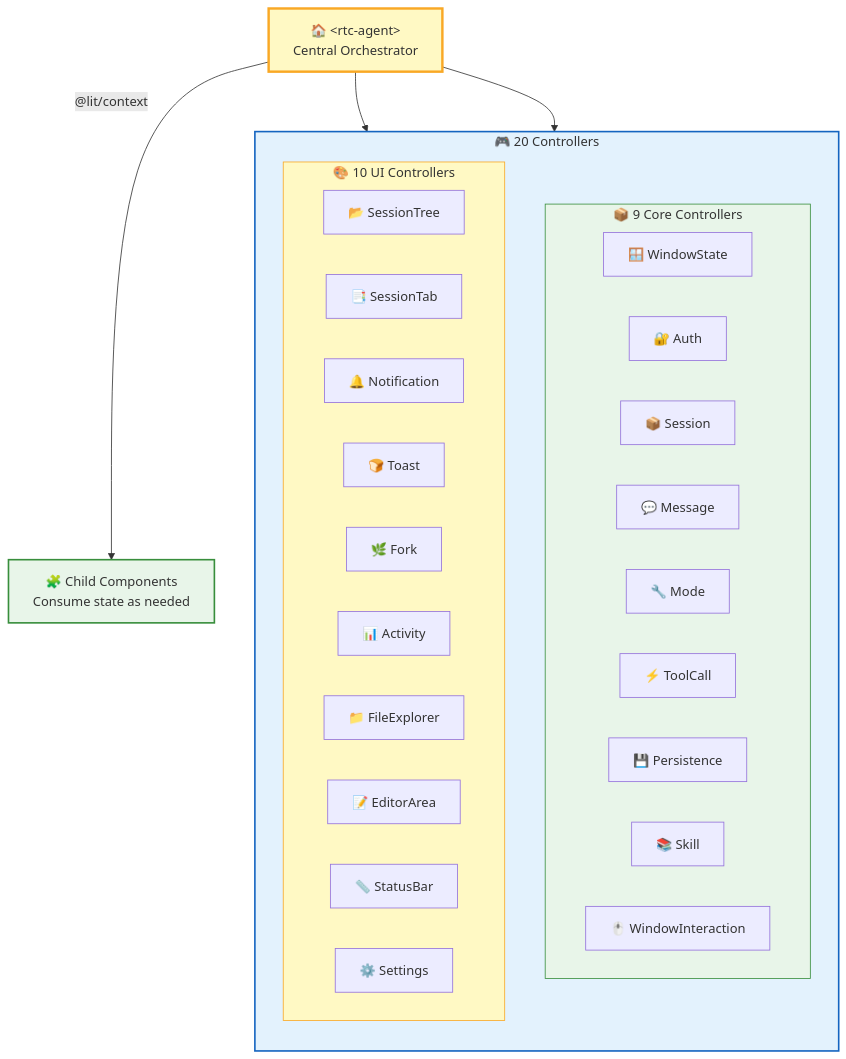
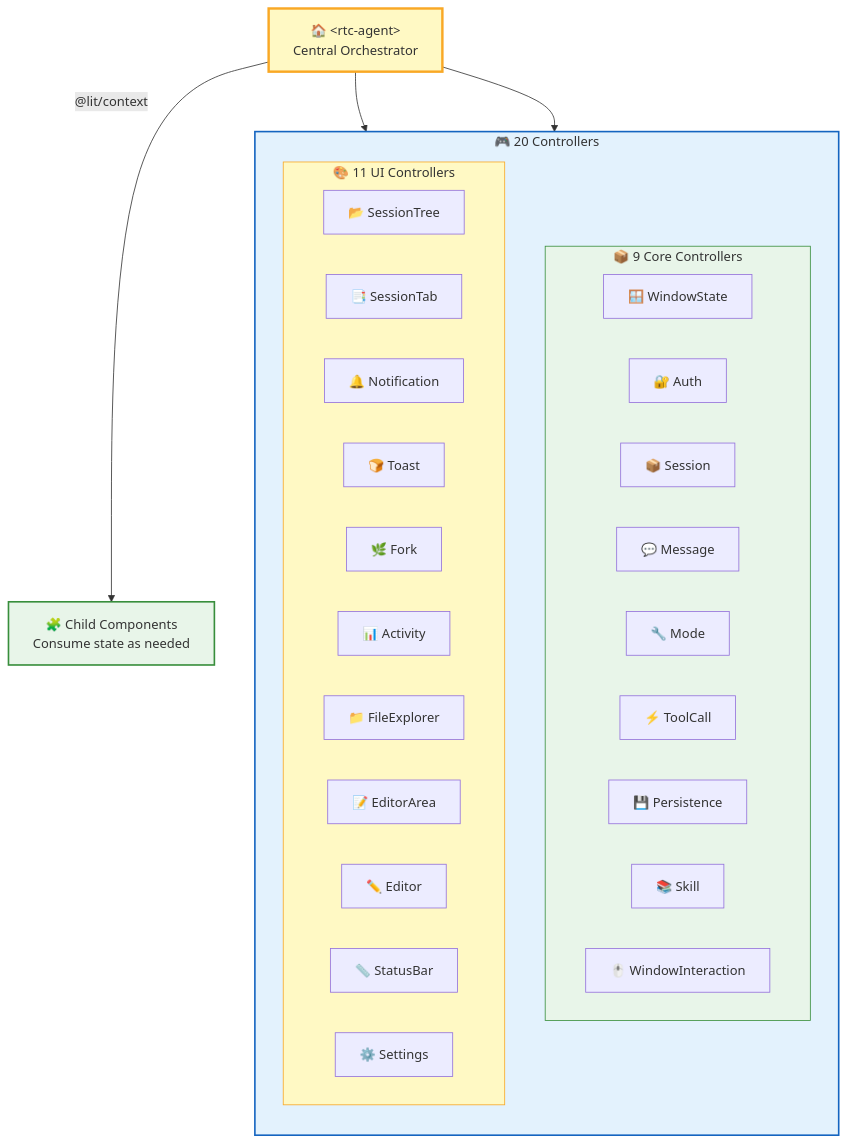
One commit to rtc-agent/docs changed the third of 9 diagrams in src/content/docs/en/architecture/frontend.md. Above: the diagram before and after it, drawn with Mermaid. The commit also changed other lines of this file and 5 other files, not shown here.

First line of the commit message:
docs(architecture): fix sub-component count and UI controller diagram

````diff
--- a/src/content/docs/en/architecture/frontend.md
+++ b/src/content/docs/en/architecture/frontend.md
@@ -115,40 +115,41 @@
 ```mermaid
 flowchart TD
     subgraph CONTROLLERS["🎮 20 Controllers"]
         direction TB
         subgraph CORE["📦 9 Core Controllers"]
             C1["🪟 WindowState"]
             C2["🔐 Auth"]
             C3["📦 Session"]
             C4["💬 Message"]
             C5["🔧 Mode"]
             C6["⚡ ToolCall"]
             C7["💾 Persistence"]
             C8["📚 Skill"]
             C9["🖱️ WindowInteraction"]
         end
-        subgraph UI["🎨 10 UI Controllers"]
+        subgraph UI["🎨 11 UI Controllers"]
             C10["📂 SessionTree"]
             C11["📑 SessionTab"]
             C12["🔔 Notification"]
             C13["🍞 Toast"]
             C14["🌿 Fork"]
             C15["📊 Activity"]
             C16["📁 FileExplorer"]
             C17["📝 EditorArea"]
-            C18["📏 StatusBar"]
-            C19["⚙️ Settings"]
+            C18["✏️ Editor"]
+            C19["📏 StatusBar"]
+            C20["⚙️ Settings"]
         end
     end
 
     ROOT["🏠 &lt;rtc-agent&gt;<br/>Central Orchestrator"] --> CORE
     ROOT --> UI
 
     ROOT -->|"@lit/context"| CHILDREN["🧩 Child Components<br/>Consume state as needed"]
 
     style ROOT fill:#fff9c4,stroke:#f9a825,stroke-width:3px
     style CONTROLLERS fill:#e3f2fd,stroke:#1565c0,stroke-width:2px
     style CORE fill:#e8f5e9,stroke:#388e3c,stroke-width:1px
     style UI fill:#fff9c4,stroke:#f9a825,stroke-width:1px
     style CHILDREN fill:#e8f5e9,stroke:#388e3c,stroke-width:2px
 ```
````
